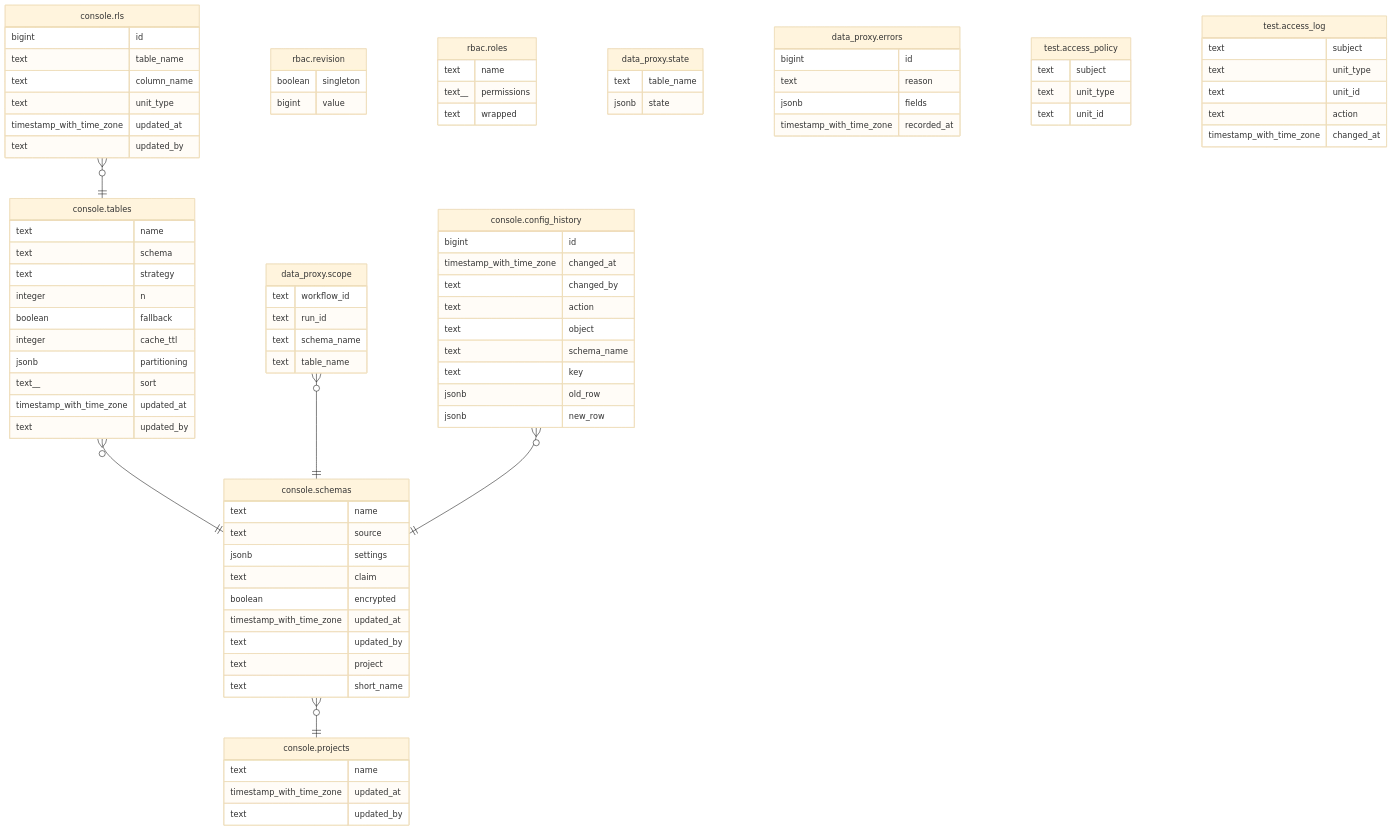
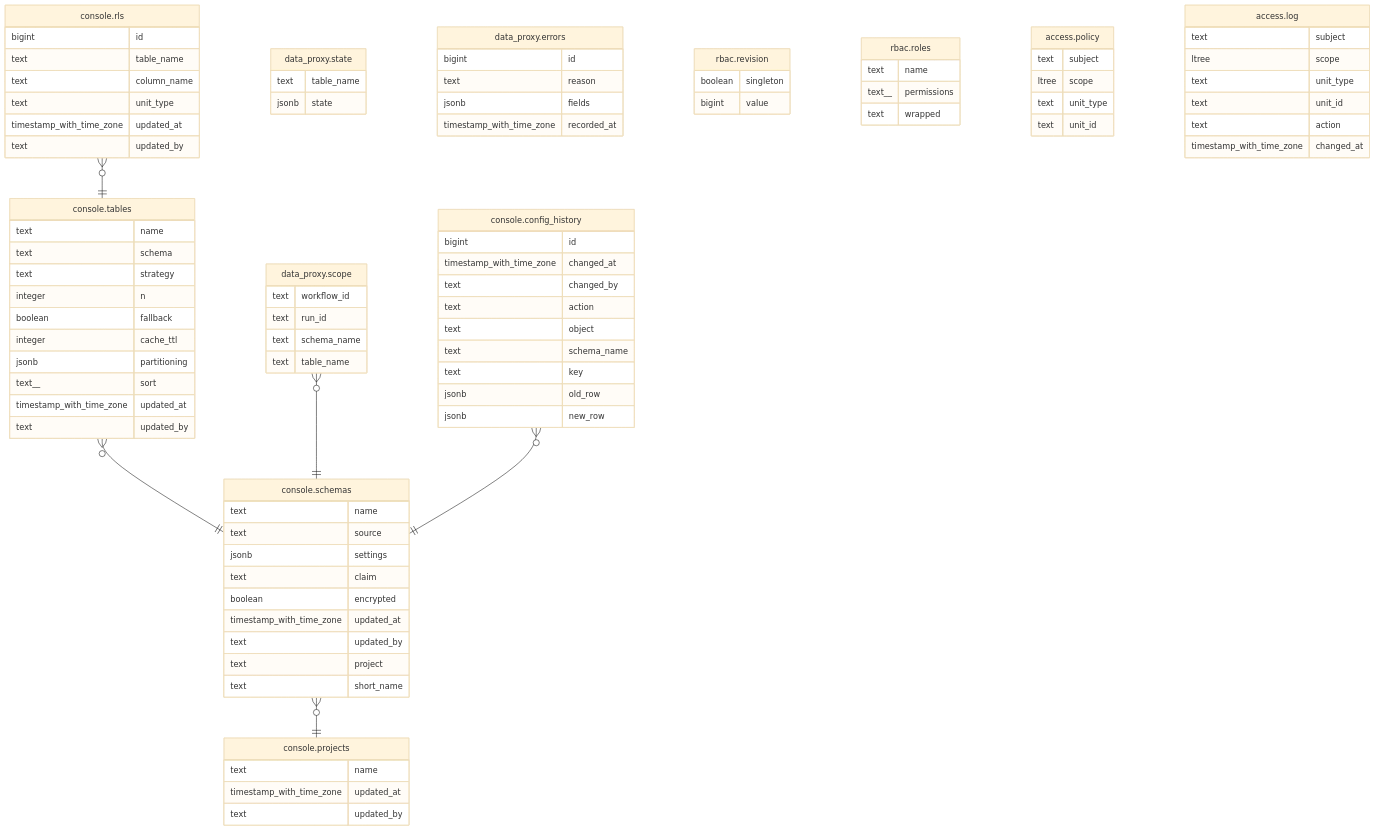
Before and after one commit to prefeitura-rio/data-proxy: the diagram in docs/diagrams/application.mmd, drawn with Mermaid (base theme). The commit also changed 262 other files, not shown here.

```diff
--- a/docs/diagrams/application.mmd
+++ b/docs/diagrams/application.mmd
@@ -1,92 +1,94 @@
 erDiagram
 
 "console.schemas" }o--|| "console.projects" : ""
 "console.tables" }o--|| "console.schemas" : ""
 "console.rls" }o--|| "console.tables" : ""
 "data_proxy.scope" }o--|| "console.schemas" : ""
 "console.config_history" }o--|| "console.schemas" : ""
 
-"rbac.revision" {
-  boolean singleton
-  bigint value
-}
-"rbac.roles" {
-  text name
-  text__ permissions
-  text wrapped
-}
 "data_proxy.state" {
   text table_name
   jsonb state
 }
 "data_proxy.errors" {
   bigint id
   text reason
   jsonb fields
   timestamp_with_time_zone recorded_at
 }
 "data_proxy.scope" {
   text workflow_id
   text run_id
   text schema_name
   text table_name
+}
+"rbac.revision" {
+  boolean singleton
+  bigint value
+}
+"rbac.roles" {
+  text name
+  text__ permissions
+  text wrapped
 }
 "console.schemas" {
   text name
   text source
   jsonb settings
   text claim
   boolean encrypted
   timestamp_with_time_zone updated_at
   text updated_by
   text project
   text short_name
 }
 "console.tables" {
   text name
   text schema
   text strategy
   integer n
   boolean fallback
   integer cache_ttl
   jsonb partitioning
   text__ sort
   timestamp_with_time_zone updated_at
   text updated_by
 }
 "console.rls" {
   bigint id
   text table_name
   text column_name
   text unit_type
   timestamp_with_time_zone updated_at
   text updated_by
 }
 "console.config_history" {
   bigint id
   timestamp_with_time_zone changed_at
   text changed_by
   text action
   text object
   text schema_name
   text key
   jsonb old_row
   jsonb new_row
 }
 "console.projects" {
   text name
   timestamp_with_time_zone updated_at
   text updated_by
 }
-"test.access_policy" {
+"access.policy" {
   text subject
+  ltree scope
   text unit_type
   text unit_id
 }
-"test.access_log" {
+"access.log" {
   text subject
+  ltree scope
   text unit_type
   text unit_id
   text action
   timestamp_with_time_zone changed_at
 }
```
